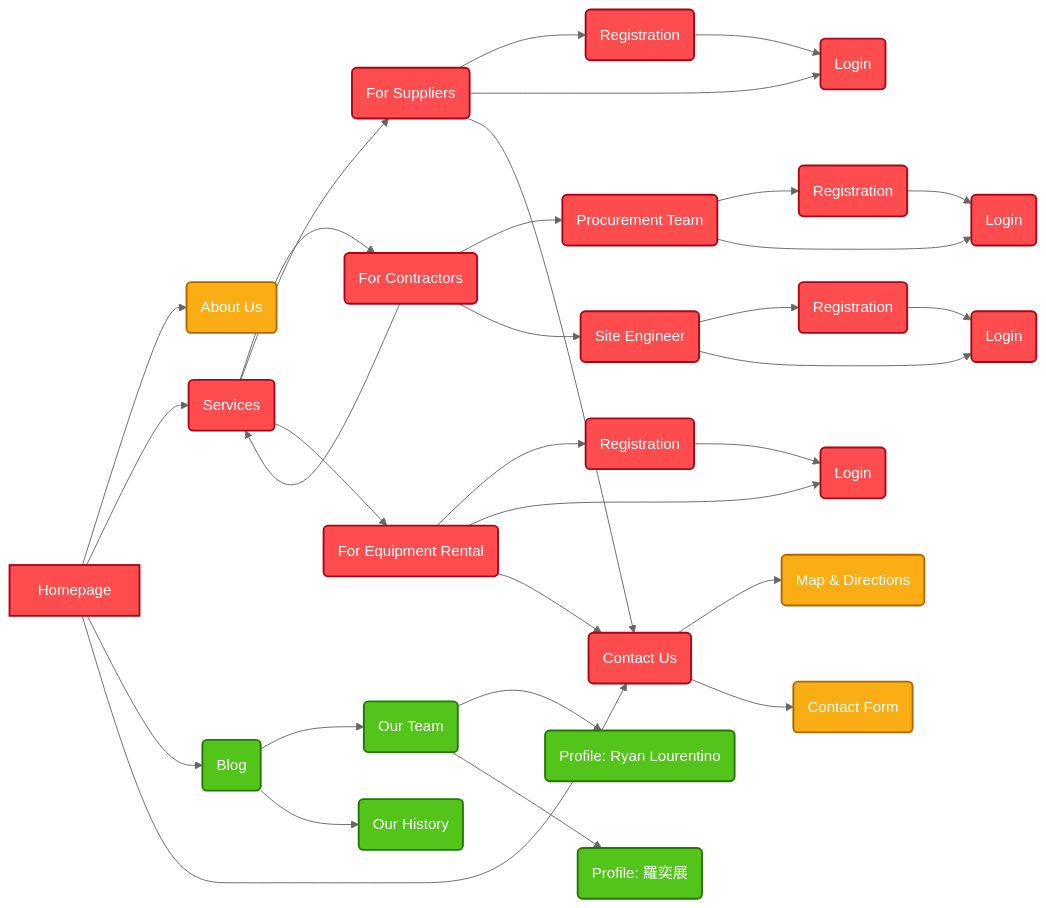
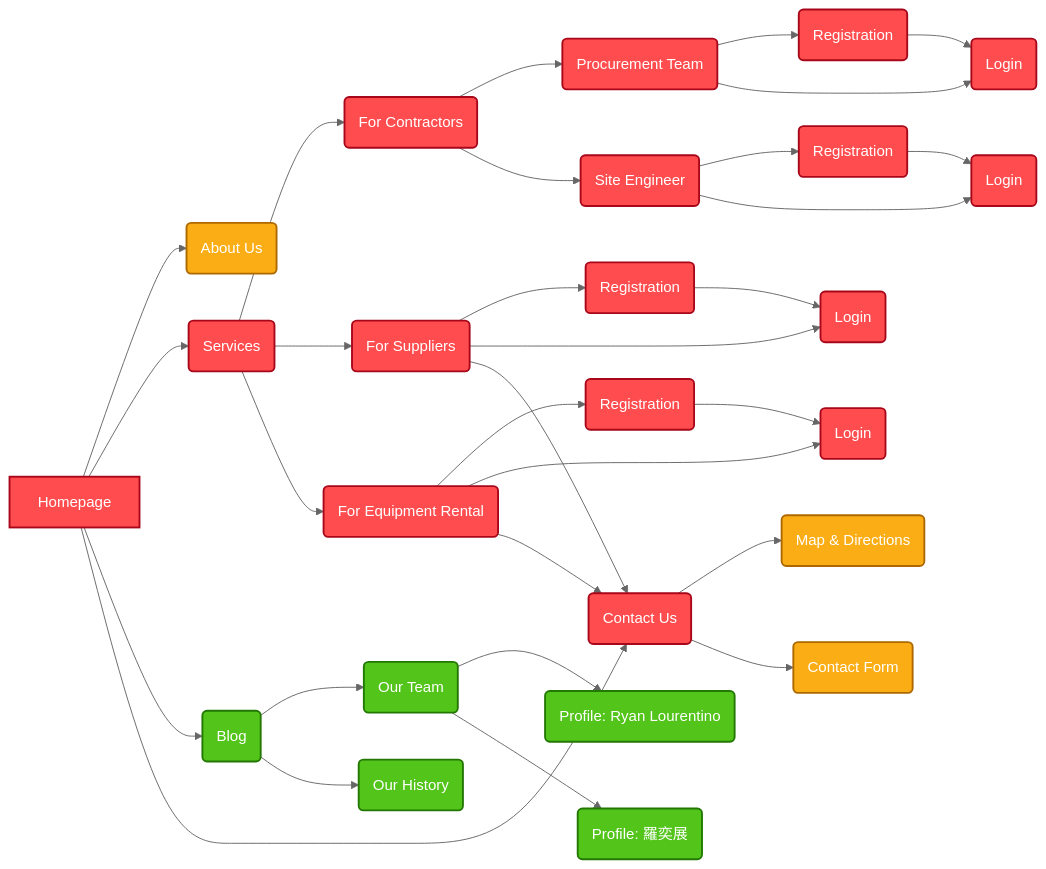
The diagram in README.md (ryanlourentino/project-flow), drawn with Mermaid (neutral theme) before and after one commit.

Commit message:
delete wrong arrow

````diff
--- a/README.md
+++ b/README.md
@@ -19,53 +19,52 @@
 ```mermaid 
 graph LR
 
 	classDef high fill:#ff4d4f,stroke:#a8071a,stroke-width:2px,color:#ffffff;
 	classDef medium fill:#faad14,stroke:#ad6800,stroke-width:2px,color:#ffffff;
 	classDef low fill:#52c41a,stroke:#237804,stroke-width:2px,color:#ffffff;
 
 
 	A[Homepage] --> B(About Us)
 	A --> E(Services)
 	A --> C(Blog)
 	A --> D(Contact Us)
 
 	C --> C1(Our Team)
 	C --> C2(Our History)
 
 	C1 --> CA1(Profile: Ryan Lourentino)
 	C1 --> CA2(Profile: 羅奕展)
 
 	E --> Co1(For Contractors)
 	E --> Sup1(For Suppliers)
 	E --> ER1(For Equipment Rental)
 
 	Co1 --> Pro1(Procurement Team)
 	Co1 --> SE1(Site Engineer)
-	Co1 --> E
 
 	Pro1 --> Pro2(Registration)
 	Pro1 --> Pro3(Login)
 	Pro2 --> Pro3
 
 	SE1 --> SE2(Registration)
 	SE1 --> SE3(Login)
 	SE2 --> SE3
 
 	Sup1 --> Sup2(Registration)
 	Sup1 --> Sup3(Login)
 	Sup2 --> Sup3
 	Sup1 --> D
 
 	ER1 --> ER2(Registration)
 	ER1 --> ER3(Login)
 	ER2 --> ER3
 	ER1 --> D
 
 	D --> D1(Map & Directions)
 	D --> D2(Contact Form)
 
 	%%DefPriority
 	class A,D,E,Co1,Sup1,Pro1,Pro2,Pro3,SE1,SE2,SE3,Sup2,Sup3,ER1,ER2,ER3 high;
 	class B,D1,D2 medium;
 	class C,C1,C2,CA1,CA2 low;
 ```
````
